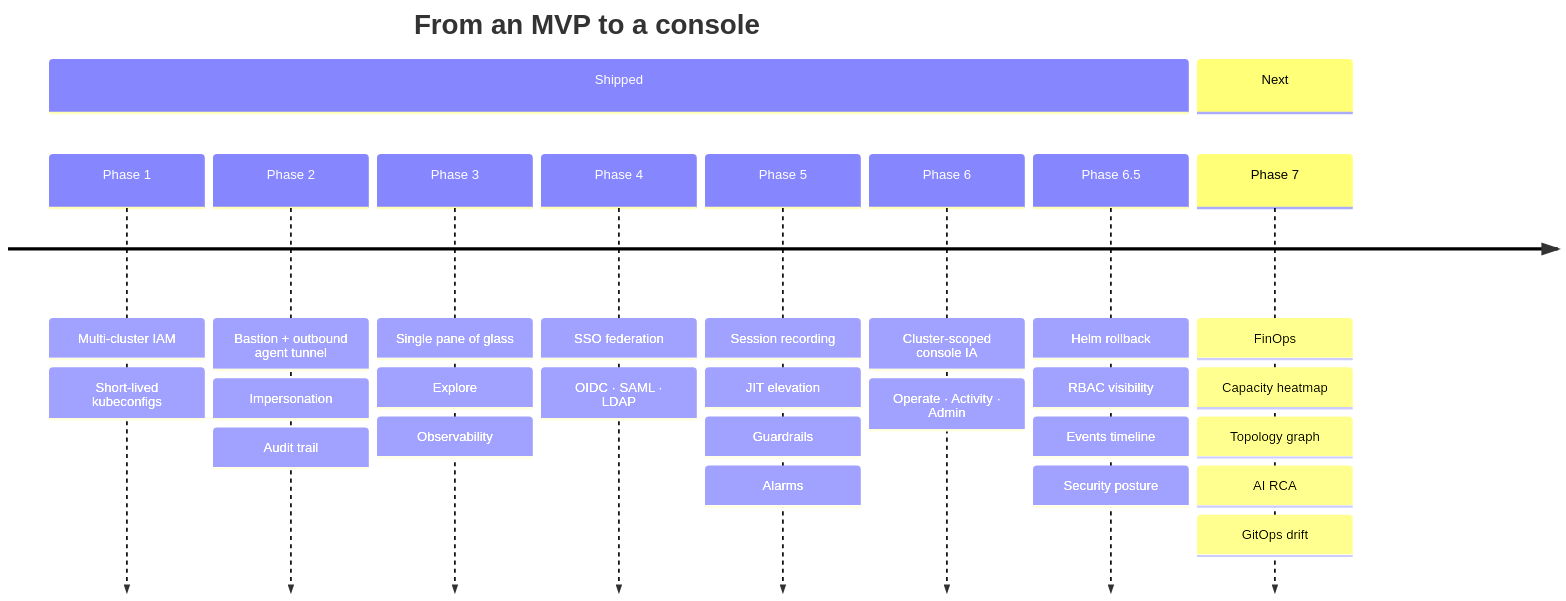
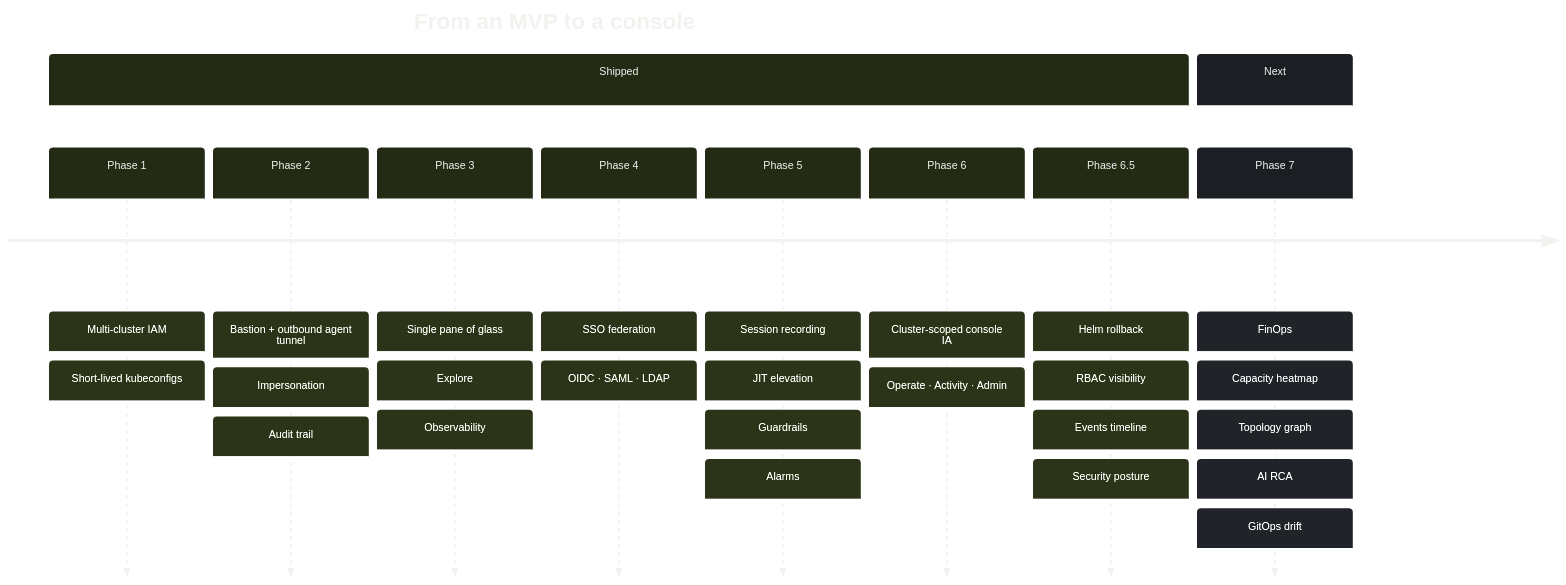
Before and after one commit to kubemg/kubemg: the sixth of 6 diagrams in README.md, drawn with Mermaid. The commit also changed other lines of this file and 2 other files, not shown here.

First line of the commit message:
docs(readme): put the README on the brand system, and lead with the trade (#69)

````diff
--- a/README.md
+++ b/README.md
@@ -520,14 +592,21 @@
 ```mermaid
+%%{init: {'theme':'base','themeVariables':{
+  'fontFamily':'-apple-system, BlinkMacSystemFont, Segoe UI, Helvetica, Arial, sans-serif','fontSize':'13px',
+  'primaryColor':'#1B1E22','primaryTextColor':'#F2F3EF','primaryBorderColor':'#3A4033',
+  'lineColor':'#8A9080','textColor':'#F2F3EF',
+  'cScale0':'#242B14','cScaleLabel0':'#F2F3EF',
+  'cScale1':'#1B1E22','cScaleLabel1':'#F2F3EF'
+}}}%%
 timeline
     title From an MVP to a console
     section Shipped
         Phase 1 : Multi-cluster IAM : Short-lived kubeconfigs
         Phase 2 : Bastion + outbound agent tunnel : Impersonation : Audit trail
         Phase 3 : Single pane of glass : Explore : Observability
         Phase 4 : SSO federation : OIDC · SAML · LDAP
         Phase 5 : Session recording : JIT elevation : Guardrails : Alarms
         Phase 6 : Cluster-scoped console IA : Operate · Activity · Admin
         Phase 6.5 : Helm rollback : RBAC visibility : Events timeline : Security posture
     section Next
         Phase 7 : FinOps : Capacity heatmap : Topology graph : AI RCA : GitOps drift
 ```
````
